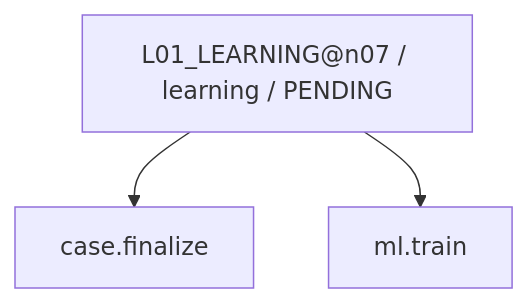
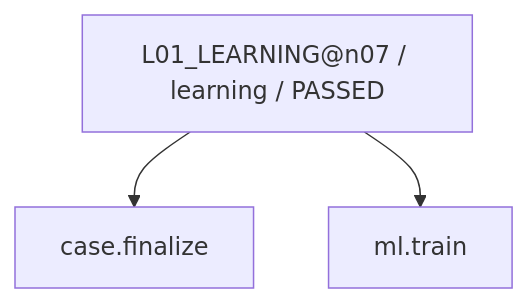
Diagram 14 of 14 in work/items/W-MATH-032-n07-semantic-repair/generated/CAPABILITY_FIRE_DIAGRAM.md (rrikunagasige-dot/kyotsu-step-web), drawn with Mermaid before and after one commit. The commit also changed other lines of this file and 330 other files, not shown here.

````diff
--- a/work/items/W-MATH-032-n07-semantic-repair/generated/CAPABILITY_FIRE_DIAGRAM.md
+++ b/work/items/W-MATH-032-n07-semantic-repair/generated/CAPABILITY_FIRE_DIAGRAM.md
@@ -206,8 +206,8 @@
 ```mermaid
 flowchart TD
-  N0["L01_LEARNING@n07 / learning / PENDING"]
+  N0["L01_LEARNING@n07 / learning / PASSED"]
   N1["case.finalize"]
   N2["ml.train"]
   N0 --> N1
   N0 --> N2
 ```
````
